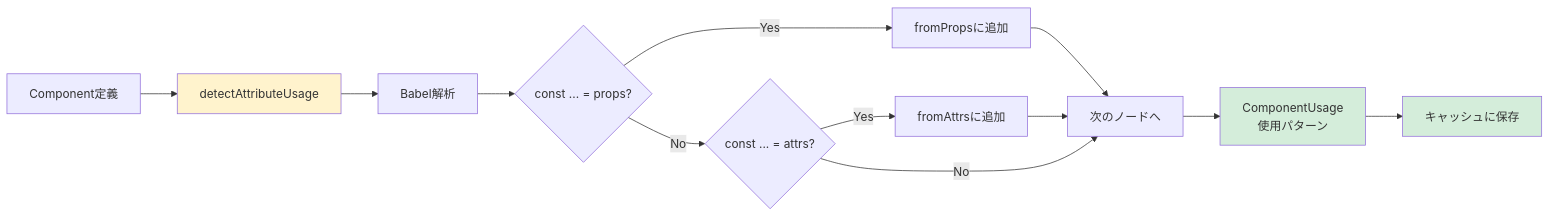
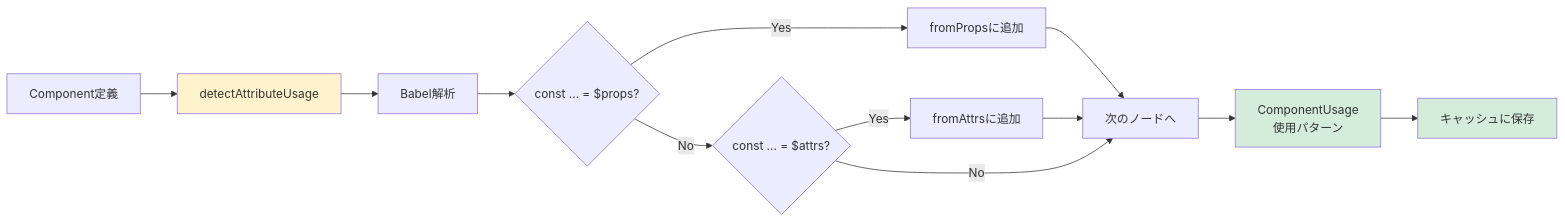
The second of 6 diagrams in docs/PHASE3_IMPLEMENTATION_PLAN.md (megurock/pug-tail), drawn with Mermaid before and after one commit. The commit also changed other lines of this file and 21 other files, not shown here.

First line of the commit message:
feat: Change props/attrs identifiers to $props/$attrs

````diff
--- a/docs/PHASE3_IMPLEMENTATION_PLAN.md
+++ b/docs/PHASE3_IMPLEMENTATION_PLAN.md
@@ -104,18 +104,18 @@
 ```mermaid
 flowchart LR
     A[Component定義] --> B[detectAttributeUsage]
     B --> C[Babel解析]
-    C --> D{const ... = props?}
+    C --> D{const ... = $props?}
     D -->|Yes| E[fromPropsに追加]
-    D -->|No| F{const ... = attrs?}
+    D -->|No| F{const ... = $attrs?}
     F -->|Yes| G[fromAttrsに追加]
     F -->|No| H[次のノードへ]
     E --> H
     G --> H
     H --> I[ComponentUsage<br/>使用パターン]
     I --> J[キャッシュに保存]
     
     style B fill:#fff3cd
     style I fill:#d4edda
     style J fill:#d4edda
 ```
````
